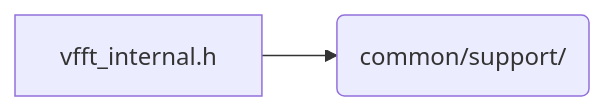
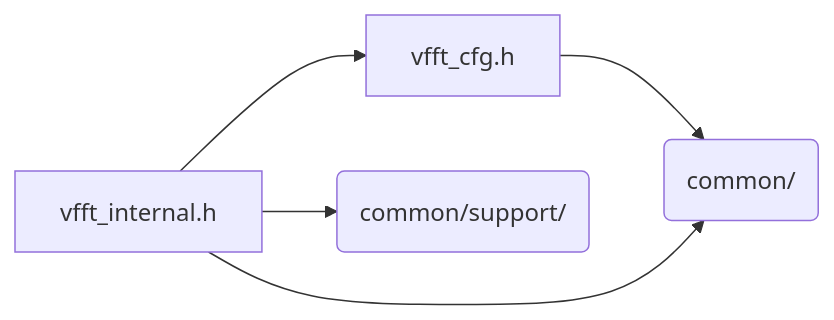
The diagram in docs/architecture/generated/folders/common__plan.md (Tugbars/VectorFFT), drawn with Mermaid before and after one commit. The commit also changed other lines of this file and 98 other files, not shown here.

Commit message:
regenerated architecture drawings

````diff
--- a/docs/architecture/generated/folders/common__plan.md
+++ b/docs/architecture/generated/folders/common__plan.md
@@ -10,6 +11,11 @@
 ```mermaid
 flowchart LR
+    n_common_plan_vfft_cfg_h["vfft_cfg.h"]
     n_common_plan_vfft_internal_h["vfft_internal.h"]
+    n_dir_common("common/")
     n_dir_common_support("common/support/")
+    n_common_plan_vfft_cfg_h --> n_dir_common
+    n_common_plan_vfft_internal_h --> n_common_plan_vfft_cfg_h
+    n_common_plan_vfft_internal_h --> n_dir_common
     n_common_plan_vfft_internal_h --> n_dir_common_support
 ```
````
